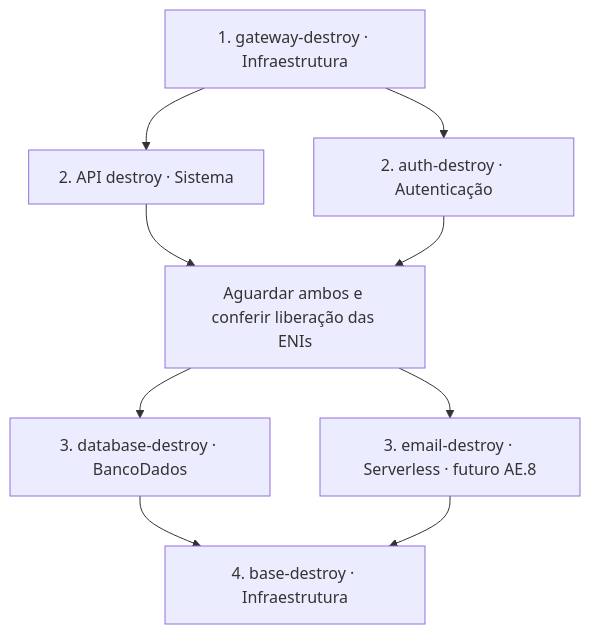
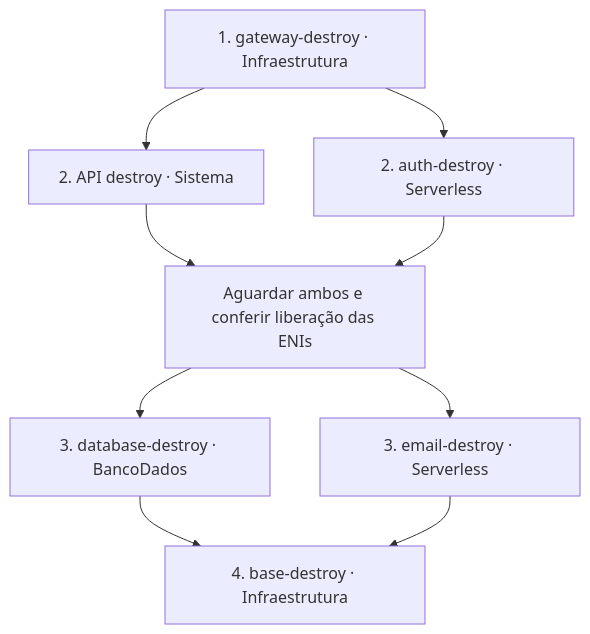
Before and after one commit to pknfelps/GerenciamentoMecanicaSistema: the diagram in docs/DESTRUICAO_AMBIENTE.md, drawn with Mermaid. The commit also changed other lines of this file and 14 other files, not shown here.

````diff
--- a/docs/DESTRUICAO_AMBIENTE.md
+++ b/docs/DESTRUICAO_AMBIENTE.md
@@ -7,11 +7,11 @@
 ```mermaid
 flowchart TD
     G["1. gateway-destroy · Infraestrutura"] --> A["2. API destroy · Sistema"]
-    G --> L["2. auth-destroy · Autenticação"]
+    G --> L["2. auth-destroy · Serverless"]
     A --> E["Aguardar ambos e conferir liberação das ENIs"]
     L --> E
     E --> D["3. database-destroy · BancoDados"]
-    E --> M["3. email-destroy · Serverless · futuro AE.8"]
+    E --> M["3. email-destroy · Serverless"]
     D --> B["4. base-destroy · Infraestrutura"]
     M --> B
 ```
````
